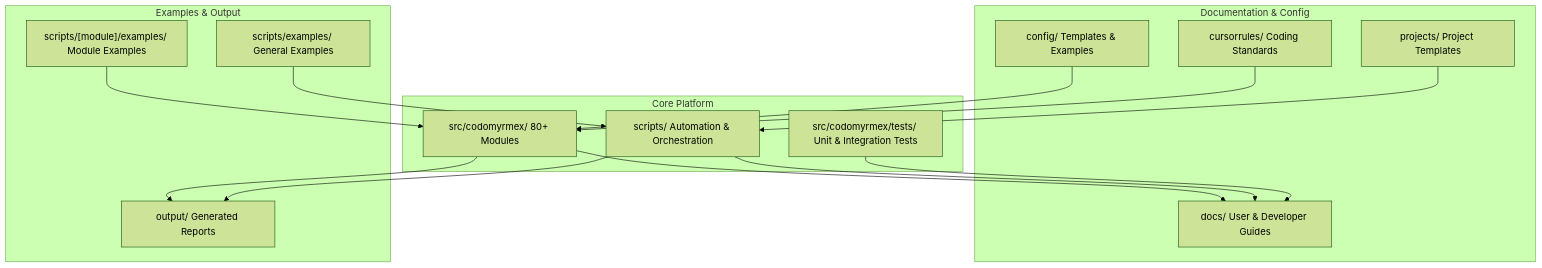
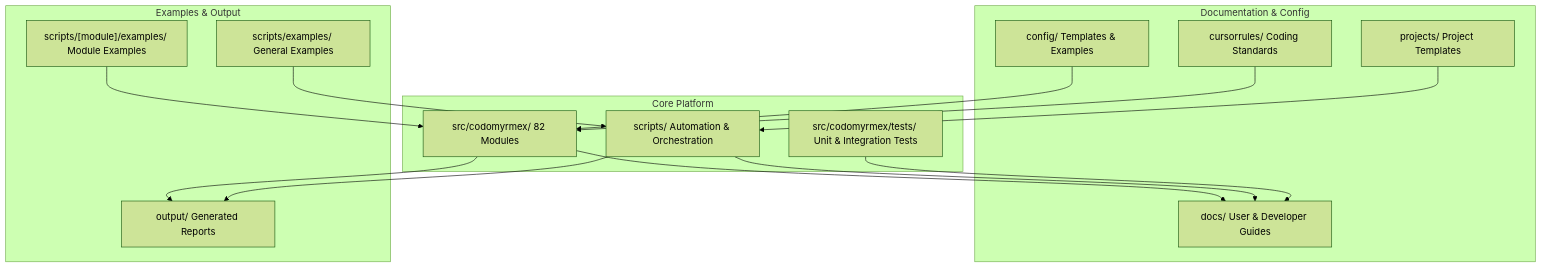
Before and after one commit to docxology/codomyrmex: the seventh of 12 diagrams in README.md, drawn with Mermaid (forest theme). The commit also changed other lines of this file and 491 other files, not shown here.

````diff
--- a/README.md
+++ b/README.md
@@ -1025,32 +1046,32 @@
 ```mermaid
 graph TD
     subgraph corePlatform ["Core Platform"]
-        CoreSrc["src/codomyrmex/ 80+ Modules"]
+        CoreSrc["src/codomyrmex/ 82 Modules"]
         CoreScripts["scripts/ Automation & Orchestration"]
         CoreTests["src/codomyrmex/tests/ Unit & Integration Tests"]
     end
 
     subgraph docsConfig ["Documentation & Config"]
         Docs["docs/ User & Developer Guides"]
         Config["config/ Templates & Examples"]
         Rules["cursorrules/ Coding Standards"]
         Projects["projects/ Project Templates"]
     end
 
     subgraph examplesOutput ["Examples & Output"]
         ModuleExamples["scripts/[module]/examples/ Module Examples"]
         Output["output/ Generated Reports"]
         ScriptsExamples["scripts/examples/ General Examples"]
     end
 
     CoreSrc --> Docs
     CoreScripts --> Docs
     CoreTests --> Docs
     Config --> CoreSrc
     Rules --> CoreSrc
     Projects --> CoreScripts
     ModuleExamples --> CoreSrc
     ScriptsExamples --> CoreScripts
     CoreSrc --> Output
     CoreScripts --> Output
 ```
````
